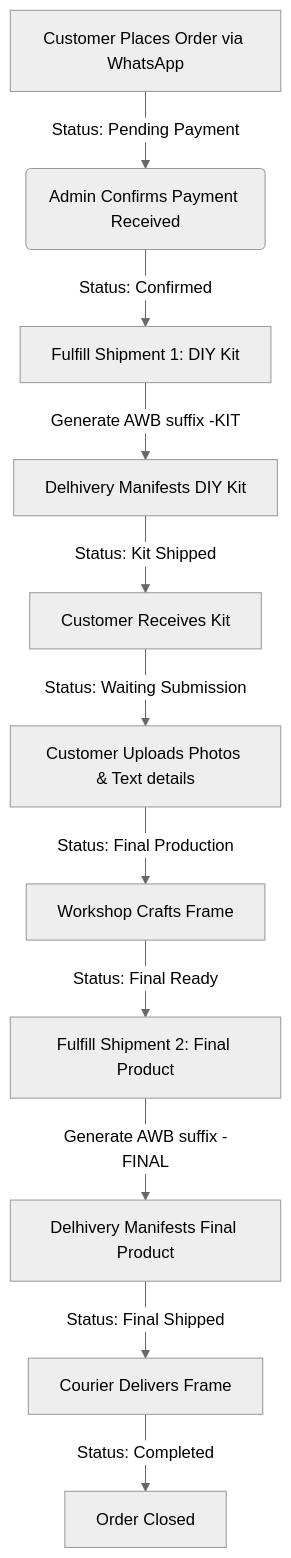
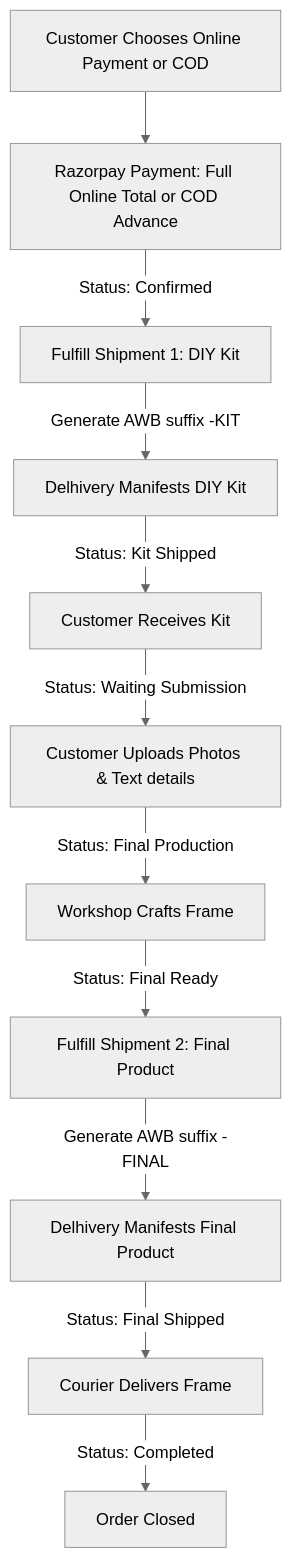
The diagram in README.md (devanshusgit/makemymemory), drawn with Mermaid (neutral theme) before and after one commit. The commit also changed other lines of this file and 1 other file, not shown here.

First line of the commit message:
docs: document Razorpay env vars and setup/verification steps

````diff
--- a/README.md
+++ b/README.md
@@ -23,13 +23,13 @@
 ```mermaid
 graph TD
-    A[Customer Places Order via WhatsApp] -->|Status: Pending Payment| B(Admin Confirms Payment Received)
+    A[Customer Chooses Online Payment or COD] --> B[Razorpay Payment: Full Online Total or COD Advance]
     B -->|Status: Confirmed| C[Fulfill Shipment 1: DIY Kit]
     C -->|Generate AWB suffix -KIT| D[Delhivery Manifests DIY Kit]
     D -->|Status: Kit Shipped| E[Customer Receives Kit]
     E -->|Status: Waiting Submission| F[Customer Uploads Photos & Text details]
     F -->|Status: Final Production| G[Workshop Crafts Frame]
     G -->|Status: Final Ready| H[Fulfill Shipment 2: Final Product]
     H -->|Generate AWB suffix -FINAL| I[Delhivery Manifests Final Product]
     I -->|Status: Final Shipped| J[Courier Delivers Frame]
     J -->|Status: Completed| K[Order Closed]
 ```
````
